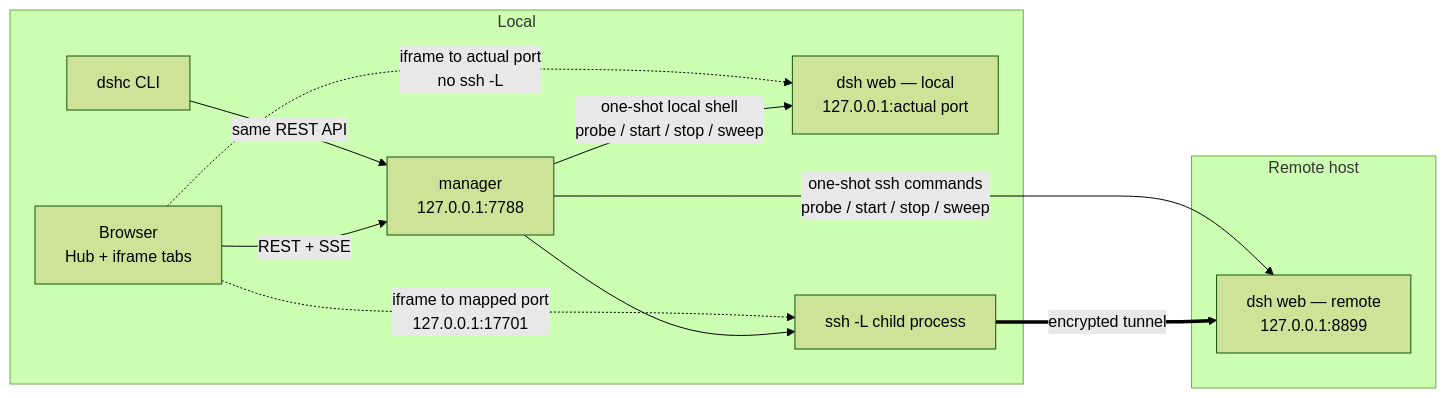
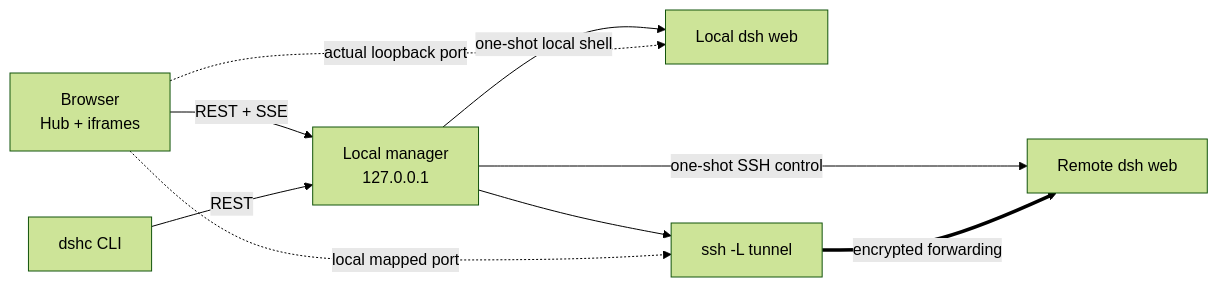
The diagram in README.en.md (biociao/Remote_DSH_Center), drawn with Mermaid (forest theme) before and after one commit. The commit also changed other lines of this file and 5 other files, not shown here.

````diff
--- a/README.en.md
+++ b/README.en.md
@@ -157,15 +100,11 @@
 ```mermaid
 flowchart LR
-    subgraph Local
-        B[Browser<br/>Hub + iframe tabs] -->|REST + SSE| M[manager<br/>127.0.0.1:7788]
-        C[dshc CLI] -->|same REST API| M
-        M -->|one-shot local shell<br/>probe / start / stop / sweep| L[dsh web — local<br/>127.0.0.1:actual port]
-        B -.->|iframe to actual port<br/>no ssh -L| L
-        M --> T[ssh -L child process]
-        B -.->|iframe to mapped port<br/>127.0.0.1:17701| T
-    end
-    subgraph Remote host
-        T ==>|encrypted tunnel| R[dsh web — remote<br/>127.0.0.1:8899]
-        M -->|one-shot ssh commands<br/>probe / start / stop / sweep| R
-    end
+    B[Browser<br/>Hub + iframes] -->|REST + SSE| M[Local manager<br/>127.0.0.1]
+    C[dshc CLI] -->|REST| M
+    M -->|one-shot local shell| L[Local dsh web]
+    B -.->|actual loopback port| L
+    M -->|one-shot SSH control| R[Remote dsh web]
+    M --> T[ssh -L tunnel]
+    B -.->|local mapped port| T
+    T ==>|encrypted forwarding| R
 ```
````
